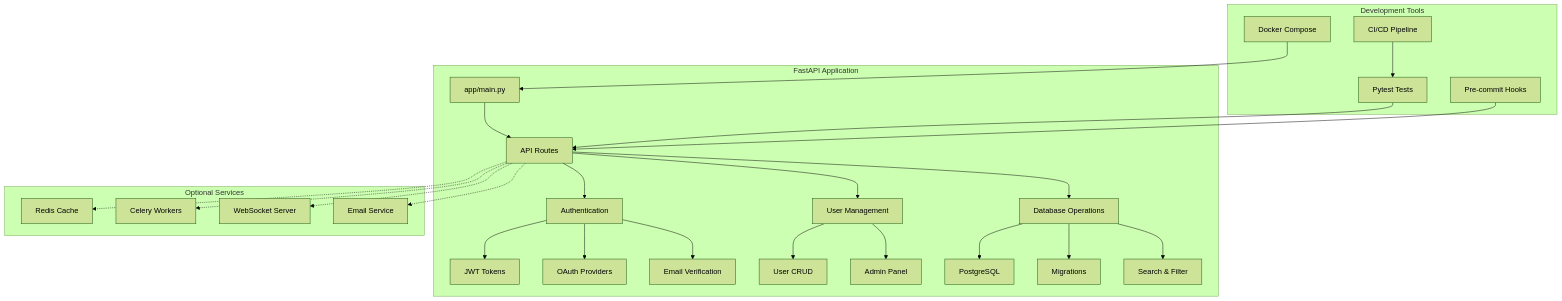
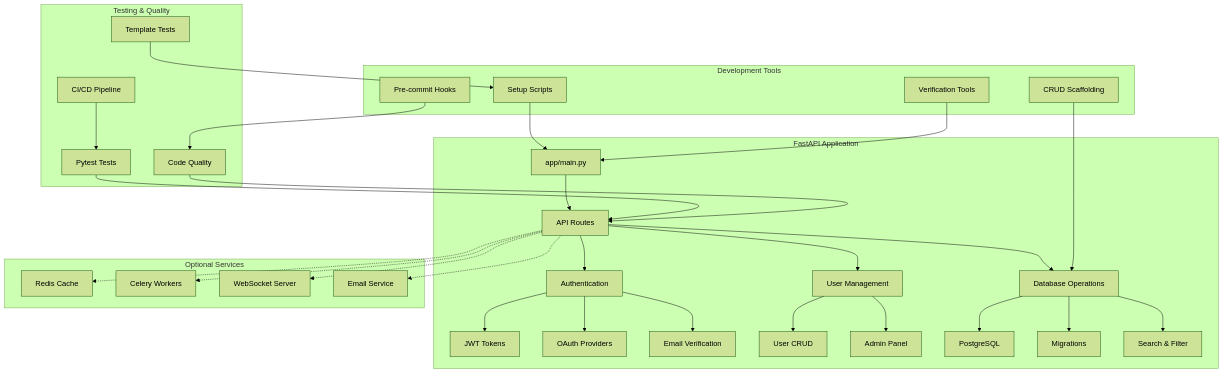
Before and after one commit to triciaward/fast-api-template: the diagram in docs/tutorials/TUTORIALS.md, drawn with Mermaid (forest theme). The commit also changed other lines of this file and 59 other files, not shown here.

````diff
--- a/docs/tutorials/TUTORIALS.md
+++ b/docs/tutorials/TUTORIALS.md
@@ -64,44 +64,56 @@
 ```mermaid
 flowchart TD
     subgraph "FastAPI Application"
         A[app/main.py] --> B[API Routes]
         B --> C[Authentication]
         B --> D[User Management]
         B --> E[Database Operations]
         
         C --> F[JWT Tokens]
         C --> G[OAuth Providers]
         C --> H[Email Verification]
         
         D --> I[User CRUD]
         D --> J[Admin Panel]
         
         E --> K[PostgreSQL]
         E --> L[Migrations]
         E --> M[Search & Filter]
     end
     
-    subgraph "Optional Services"
-        N[Redis Cache]
-        O[Celery Workers]
-        P[WebSocket Server]
-        Q[Email Service]
+    subgraph "Development Tools"
+        N[Setup Scripts]
+        O[CRUD Scaffolding]
+        P[Pre-commit Hooks]
+        Q[Verification Tools]
     end
     
-    subgraph "Development Tools"
-        R[Pytest Tests]
-        S[Pre-commit Hooks]
-        T[Docker Compose]
-        U[CI/CD Pipeline]
+    subgraph "Optional Services"
+        R[Redis Cache]
+        S[Celery Workers]
+        T[WebSocket Server]
+        U[Email Service]
     end
     
-    B -.-> N
-    B -.-> O
-    B -.-> P
-    B -.-> Q
+    subgraph "Testing & Quality"
+        V[Pytest Tests]
+        W[Template Tests]
+        X[Code Quality]
+        Y[CI/CD Pipeline]
+    end
     
-    R --> B
-    S --> B
-    T --> A
-    U --> R
+    B -.-> R
+    B -.-> S
+    B -.-> T
+    B -.-> U
+    
+    N --> A
+    O --> E
+    P --> X
+    Q --> A
+    
+    V --> B
+    W --> N
+    X --> B
+    Y --> V
 ```
````
